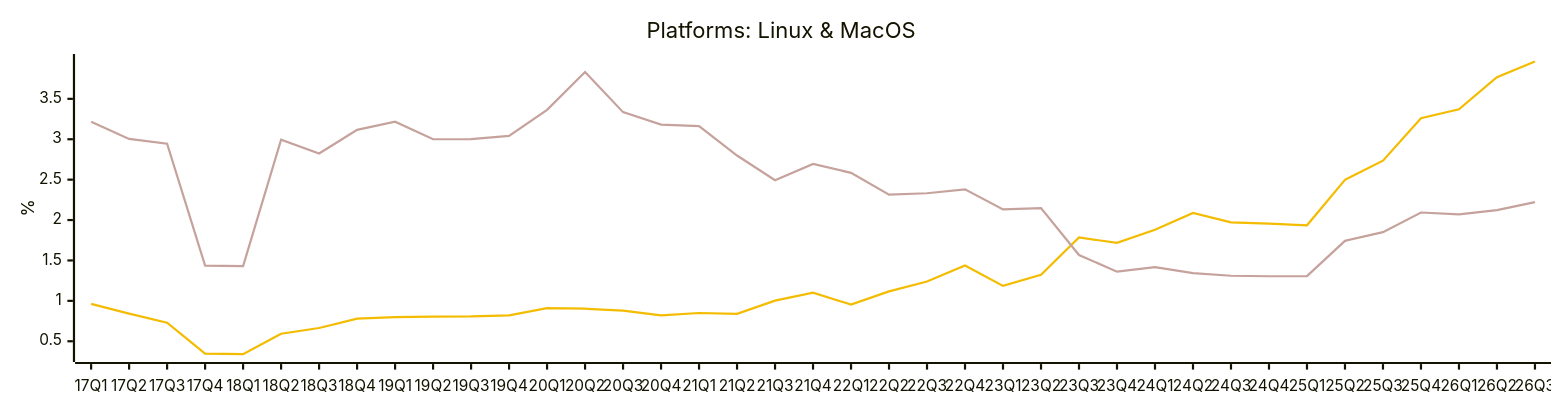
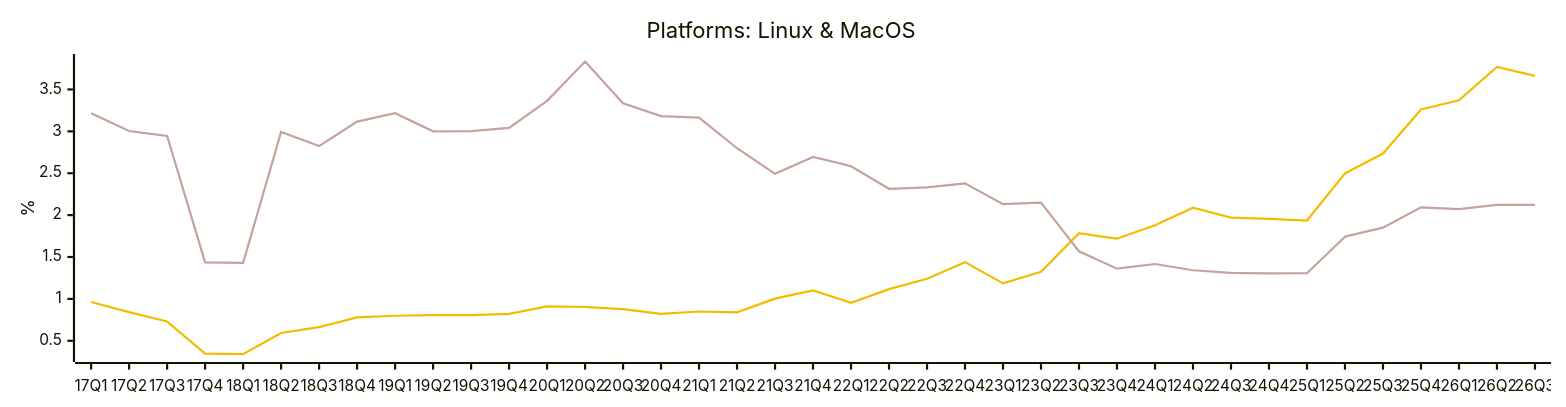
Diagram 14 of 31 in README.md (jdegene/steamHWsurvey), drawn with Mermaid before and after one commit. The commit also changed other lines of this file and 2 other files, not shown here.

````diff
--- a/README.md
+++ b/README.md
@@ -476,20 +476,20 @@
 ```mermaid
 ---
 config:
     xyChart:
         width: 1400
         height: 350
         
     themeVariables:
         xyChart:
             plotColorPalette: "#F4BC00,#c6a29c"
 
 --- 
 
 xychart-beta
     title "Platforms: Linux & MacOS"
     x-axis [17Q1, 17Q2, 17Q3, 17Q4, 18Q1, 18Q2, 18Q3, 18Q4, 19Q1, 19Q2, 19Q3, 19Q4, 20Q1, 20Q2, 20Q3, 20Q4, 21Q1, 21Q2, 21Q3, 21Q4, 22Q1, 22Q2, 22Q3, 22Q4, 23Q1, 23Q2, 23Q3, 23Q4, 24Q1, 24Q2, 24Q3, 24Q4, 25Q1, 25Q2, 25Q3, 25Q4, 26Q1, 26Q2, 26Q3]
     y-axis "%" 
-    line [0.9629629629629629, 0.8423321167084589, 0.7295250063832225, 0.34668011817717975, 0.3398441306938039, 0.593525424245181, 0.6635581054241466, 0.7792481571540832, 0.7990978622832221, 0.8058119058824723, 0.8067585706598311, 0.8207457332870973, 0.9099957124504154, 0.9030286917823623, 0.8788043122276098, 0.8207647312985304, 0.849437247823317, 0.8395141763634049, 1.0026071423190688, 1.101331564818539, 0.9541877779899417, 1.1169806037716354, 1.239522611427655, 1.4385604115105164, 1.1853985164006193, 1.322420043350276, 1.7838913196090922, 1.7184094503474305, 1.8789606726989223, 2.0875864781679585, 1.9709605011684648, 1.9549152742872884, 1.9352274566892893, 2.497657992915939, 2.7343770019775966, 3.2605972734749162, 3.3708209433303082, 3.7688624134739492, 3.960789007889852]
-    line [3.216630196936543, 3.004129474095911, 2.9447565259599298, 1.435682107395198, 1.430910150994627, 2.9938298498795453, 2.823870594502083, 3.1158821949711433, 3.217267240929559, 3.0001411831144997, 3.002216244907254, 3.040510286507167, 3.364364205649554, 3.832442067736185, 3.3352458205559405, 3.181915313214408, 3.1630112200550875, 2.7983351630961177, 2.49275301274799, 2.6943252265140676, 2.583985782083982, 2.313946216385241, 2.331434627102927, 2.379708991408111, 2.1308509808416556, 2.1483948101606822, 1.5676751098470096, 1.361030106909568, 1.4162036189390939, 1.3421722666974256, 1.3103909436762908, 1.3046685143432795, 1.30661898329446, 1.7428606096422532, 1.850120918737636, 2.0933264346933806, 2.071167671088301, 2.122520025362987, 2.2222068469007956]
+    line [0.9629629629629629, 0.8423321167084589, 0.7295250063832225, 0.34668011817717975, 0.3398441306938039, 0.593525424245181, 0.6635581054241466, 0.7792481571540832, 0.7990978622832221, 0.8058119058824723, 0.8067585706598311, 0.8207457332870973, 0.9099957124504154, 0.9030286917823623, 0.8788043122276098, 0.8207647312985304, 0.849437247823317, 0.8395141763634049, 1.0026071423190688, 1.101331564818539, 0.9541877779899417, 1.1169806037716354, 1.239522611427655, 1.4385604115105164, 1.1853985164006193, 1.322420043350276, 1.7838913196090922, 1.7184094503474305, 1.8789606726989223, 2.0875864781679585, 1.9709605011684648, 1.9549152742872884, 1.9352274566892893, 2.497657992915939, 2.734377001977596, 3.2605972734749162, 3.3708209433303082, 3.7688624134739492, 3.6612635183721425]
+    line [3.216630196936542, 3.004129474095911, 2.9447565259599298, 1.435682107395198, 1.430910150994627, 2.9938298498795453, 2.823870594502083, 3.1158821949711433, 3.217267240929559, 3.0001411831144997, 3.002216244907254, 3.040510286507167, 3.364364205649554, 3.832442067736185, 3.3352458205559405, 3.181915313214408, 3.1630112200550875, 2.7983351630961177, 2.49275301274799, 2.6943252265140676, 2.583985782083982, 2.313946216385241, 2.331434627102927, 2.379708991408111, 2.1308509808416556, 2.1483948101606822, 1.5676751098470096, 1.361030106909568, 1.4162036189390939, 1.3421722666974256, 1.3103909436762908, 1.3046685143432795, 1.30661898329446, 1.7428606096422532, 1.850120918737636, 2.0933264346933806, 2.071167671088301, 2.1225200253629866, 2.122068379217286]
 ``` 
````
